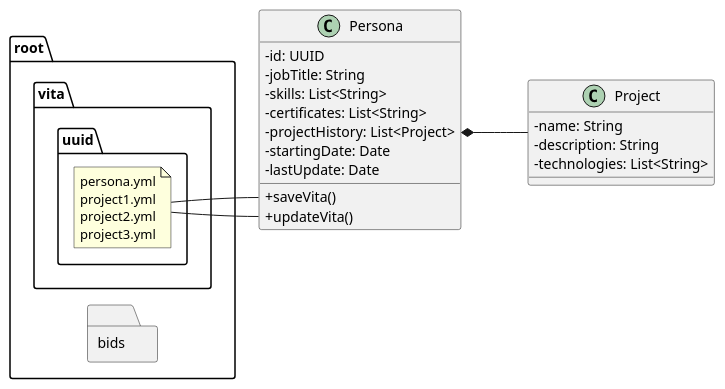
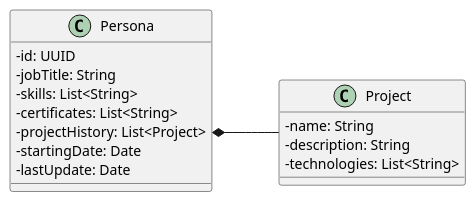
The diagram in src/main/docs/_includes/concept/persona.puml (infoteam-Software-AG/profile-assist), drawn with PlantUML before and after one commit. The commit also changed other lines of this file and 1 other file, not shown here.

```diff
--- a/src/main/docs/_includes/concept/persona.puml
+++ b/src/main/docs/_includes/concept/persona.puml
@@ -1,43 +3,24 @@
 @startuml
 skinparam classAttributeIconSize 0
 skinparam groupInheritance 2
 left to right direction
 
 class Project {
     - name: String
     - description: String
     - technologies: List<String>
 }
 
 class Persona {
     - id: UUID
     - jobTitle: String
     - skills: List<String>
     - certificates: List<String>
     - projectHistory: List<Project>
     - startingDate: Date
     - lastUpdate: Date
-    + saveVita()
-    + updateVita()
-}
-package root <<Folder>>{
-
-  package vita <<Folder>>{
-      package uuid <<Folder>>{
-          note as n
-            persona.yml
-            project1.yml
-            project2.yml
-            project3.yml
-          end note
-      }
-  }
-
-  package bids <<Folder>>{
-  }
 }
 
-root.vita.uuid.n -- Persona::saveVita
-root.vita.uuid.n -- Persona::updateVita
+
 Persona::projectHistory *-- Project
 @enduml
```
